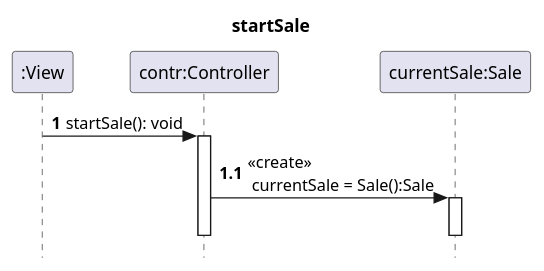
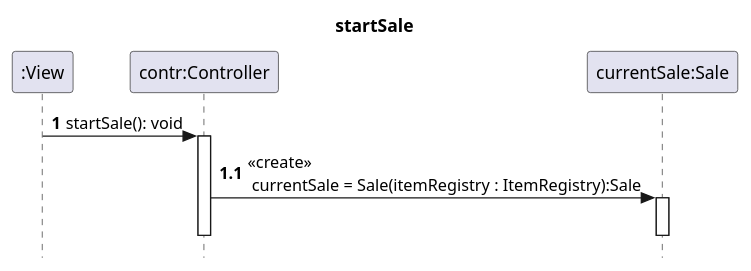
The fourth of 8 diagrams in uml/uml_v3.puml (VincentFerrigan/kth-iv1350-object-oriented-design), drawn with PlantUML before and after one commit. The commit also changed other lines of this file, not shown here.

Commit message:
Updating uml. Not fully updated yet. What to do with SaleDTO? TODO: package privates and end of sale.

```diff
--- a/uml/uml_v3.puml
+++ b/uml/uml_v3.puml
@@ -305,24 +318,24 @@
 @startuml
 skinparam style strictuml
 
 'autoactivate on 'TODO activationbars!!!!!!!
 ' actor user
 hide unlinked
 title "startSale"
 participant ":View" as View
 participant "contr:Controller" as contr
 participant "currentSale:Sale" as currentSale
 
 autonumber 1
 View -> contr : startSale(): void
 activate contr
 
 autonumber 1.1
 'contr -> currentSale :  <<create>> \n currentSale = Sale(printer: Printer):Sale
-contr -> currentSale :  <<create>> \n currentSale = Sale():Sale
+contr -> currentSale :  <<create>> \n currentSale = Sale(itemRegistry : ItemRegistry):Sale
 activate currentSale
 deactivate currentSale
 deactivate contr
 
 autonumber stop
 @enduml
```
